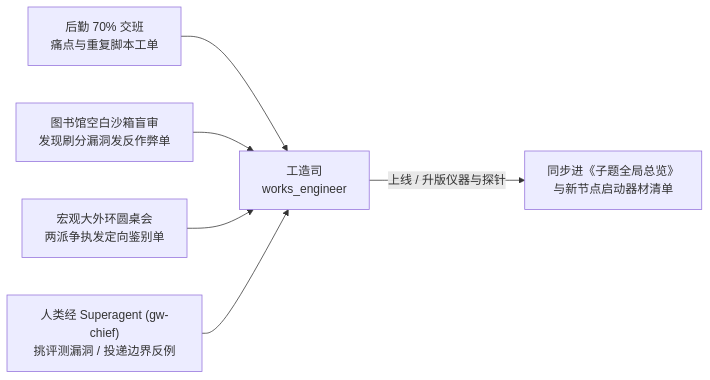
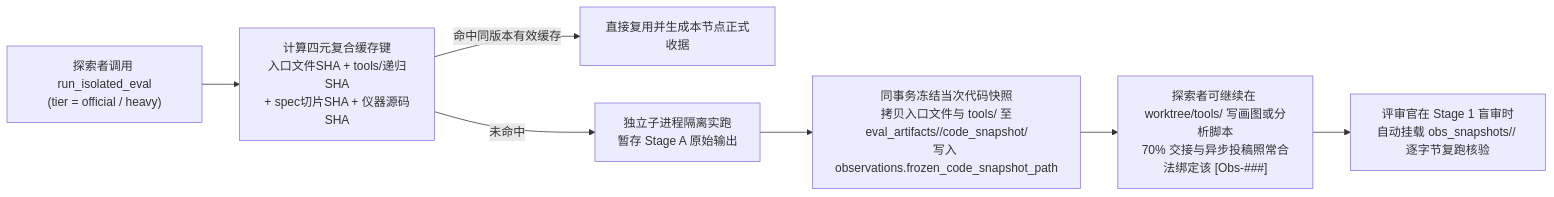
One commit to Qingzhu093/greatwall-agent changed the diagram in docs/agent_kb_v0_3/ARCH_PAPER_02_仪器科学工程_Instrument_Science_Engineering.md. Above: the diagram before and after it, drawn with Mermaid. The commit also changed other lines of this file and 110 other files, not shown here.

````diff
--- a/docs/agent_kb_v0_3/ARCH_PAPER_02_仪器科学工程_Instrument_Science_Engineering.md
+++ b/docs/agent_kb_v0_3/ARCH_PAPER_02_仪器科学工程_Instrument_Science_Engineering.md
@@ -84,8 +90,9 @@
 ```mermaid
 flowchart LR
-    L["后勤 70% 交班\n痛点与重复脚本工单"] --> W["工造司\nworks_engineer"]
-    V["图书馆空白沙箱盲审\n发现刷分漏洞发反作弊单"] --> W
-    C["宏观大外环圆桌会\n两派争执发定向鉴别单"] --> W
-    H["人类经 Superagent (gw-chief)\n挑评测漏洞 / 投递边界反例"] --> W
-    W -->|"上线 / 升版仪器与探针"| S["同步进《子题全局总览》\n与新节点启动器材清单"]
+    CALL["探索者调用 run_isolated_eval\n(tier = official / heavy)"] --> KEY["计算四元复合缓存键\n入口文件SHA + tools/递归SHA\n+ spec切片SHA + 仪器源码SHA"]
+    KEY -->|"命中同版本有效缓存"| HIT["直接复用并生成本节点正式收据"]
+    KEY -->|"未命中"| RUN["独立子进程隔离实跑\n暂存 Stage A 原始输出"]
+    RUN --> SNAP["同事务冻结当次代码快照\n拷贝入口文件与 tools/ 至\neval_artifacts/<obs_id>/code_snapshot/\n写入 observations.frozen_code_snapshot_path"]
+    SNAP --> CONT["探索者可继续在 worktree/tools/ 写画图或分析脚本\n70% 交接与异步投稿照常合法绑定该 [Obs-###]"]
+    CONT --> VER["评审官在 Stage 1 盲审时\n自动挂载 obs_snapshots/<obs_id>/ 逐字节复跑核验"]
 ```
````
